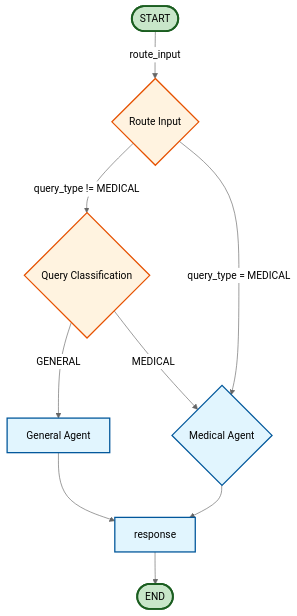
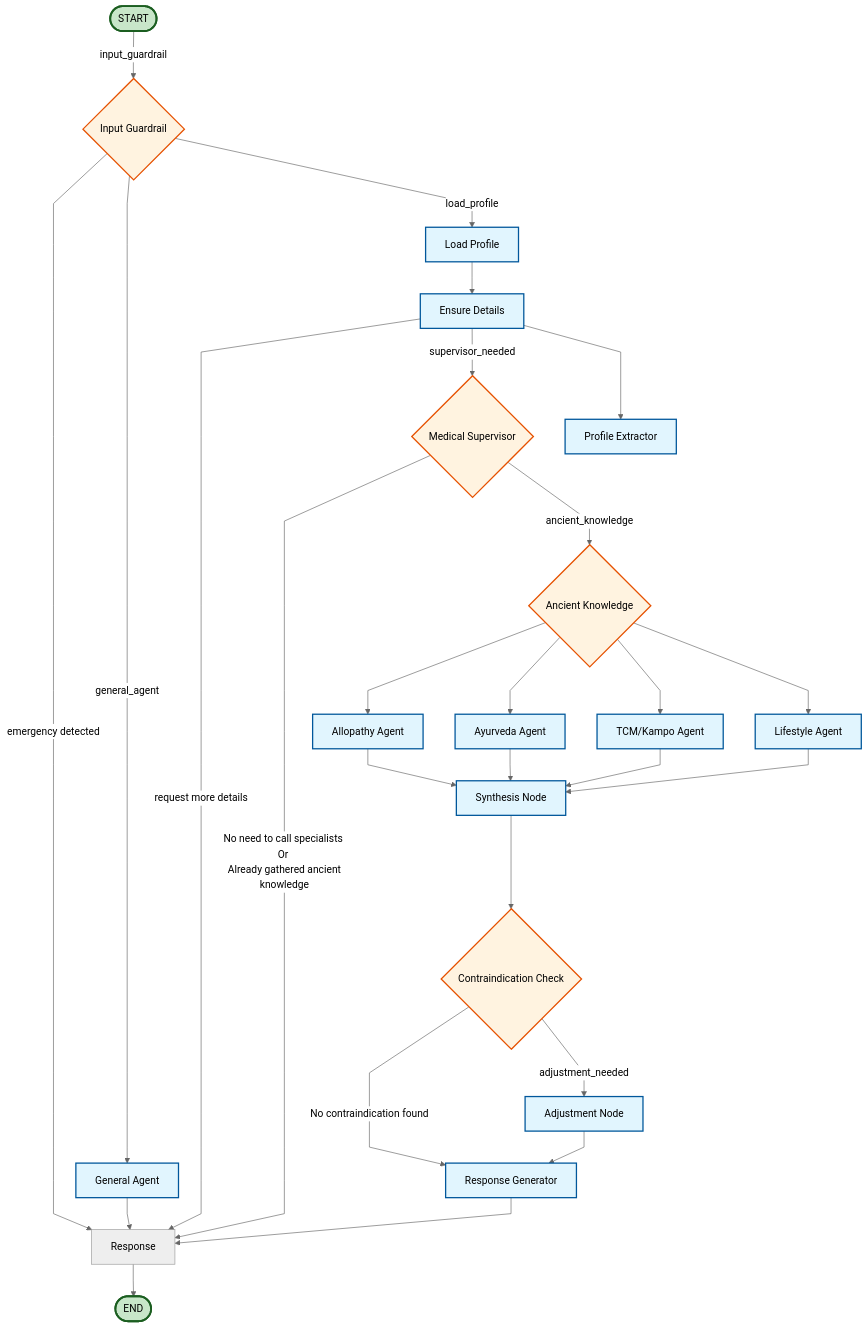
One commit to Tejashree-Khot/personal-medical-assistant changed the diagram in docs/orchestration.md. Above: the diagram before and after it, drawn with Mermaid. The commit also changed other lines of this file, not shown here.

Commit message:
docs: update orchestration graph

````diff
--- a/docs/orchestration.md
+++ b/docs/orchestration.md
@@ -5,31 +5,60 @@
 ```mermaid
+---
+config:
+  flowchart:
+    curve: linear
+---
 %%{init: {'theme': 'neutral'}}%%
 graph TD
-    START([START]) -->|route_input| route_input{Route Input}
+    START([START]) -->|input_guardrail| input_guardrail{Input Guardrail}
 
     %% Input routing
-    route_input -->|query_type != MEDICAL| query_classification{Query Classification}
-    route_input -->|query_type = MEDICAL| medical_agent{Medical Agent}
+    input_guardrail -->|emergency detected| response[Response]
+    input_guardrail -->|general_agent| general_agent[General Agent]
+    input_guardrail -->|load_profile| load_profile[Load Profile]
 
-    %% Query classification routing
-    query_classification -->|GENERAL| general_agent[General Agent]
-    query_classification -->|MEDICAL| medical_agent{Medical Agent}
-
-    %% General agent
+    %% General Agent
     general_agent --> response
 
-    %% Medical agent
-    medical_agent --> response
+    %% Profile and details
+    load_profile --> ensure_details[Ensure Details]
+    ensure_details -->|request more details| response
+    ensure_details -->|supervisor_needed| medical_supervisor{Medical Supervisor}
+    ensure_details --> profile_extractor[Profile Extractor]
 
-    %% Final steps
+    %% Supervisor routing
+    medical_supervisor -->|No need to call specialists Or </br> Already gathered ancient knowledge| response
+    medical_supervisor -->|ancient_knowledge| ancient_knowledge{Ancient Knowledge}
+
+    %% Knowledge agents
+    ancient_knowledge --> allopathy_agent[Allopathy Agent]
+    ancient_knowledge --> ayurveda_agent[Ayurveda Agent]
+    ancient_knowledge --> tcm_kampo_agent[TCM/Kampo Agent]
+    ancient_knowledge --> lifestyle_agent[Lifestyle Agent]
+
+    %% Synthesis
+    allopathy_agent --> synthesis_node[Synthesis Node]
+    ayurveda_agent --> synthesis_node
+    tcm_kampo_agent --> synthesis_node
+    lifestyle_agent --> synthesis_node
+
+    %% Safety & adjustments
+    synthesis_node --> contraindication_check{Contraindication Check}
+    contraindication_check -->|No contraindication found| response_generator
+    contraindication_check -->|adjustment_needed| adjustment_node[Adjustment Node]
+    adjustment_node --> response_generator[Response Generator]
+
+    %% Response generation
+    response_generator --> response
     response --> END([END])
 
     %% Styling
     classDef processNode fill:#e1f5fe,stroke:#01579b,stroke-width:2px
     classDef decisionNode fill:#fff3e0,stroke:#e65100,stroke-width:2px
     classDef startEndNode fill:#c8e6c9,stroke:#1b5e20,stroke-width:3px
 
-    class general_agent,medical_agent,response processNode
-    class route_input,query_classification decisionNode
+    class general_agent,allopathy_agent,ayurveda_agent,tcm_kampo_agent,lifestyle_agent processNode
+    class load_profile,ensure_details,medical_supervisor,ancient_knowledge,synthesis_node,contraindication_check,adjustment_node,response_generator,profile_extractor processNode
+    class input_guardrail,medical_supervisor,ancient_knowledge,contraindication_check decisionNode
     class START,END startEndNode
 ```
````
